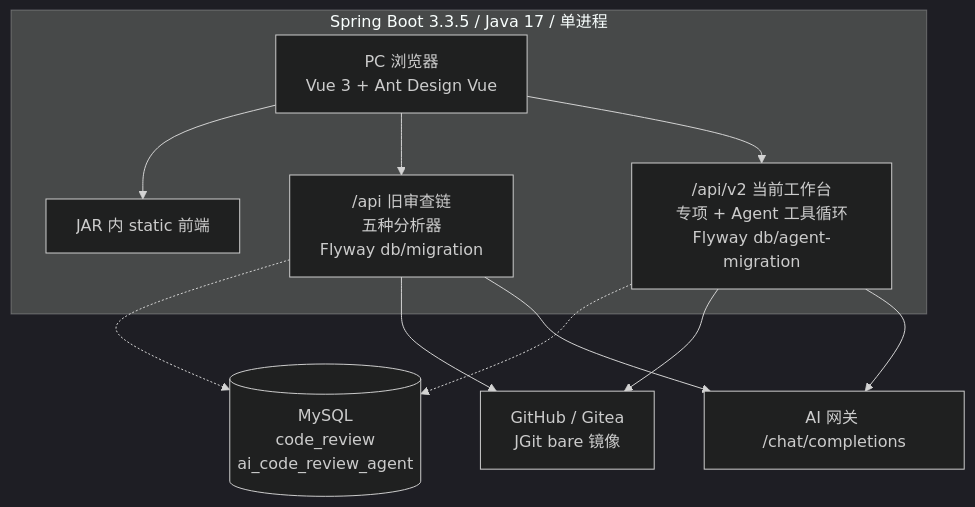
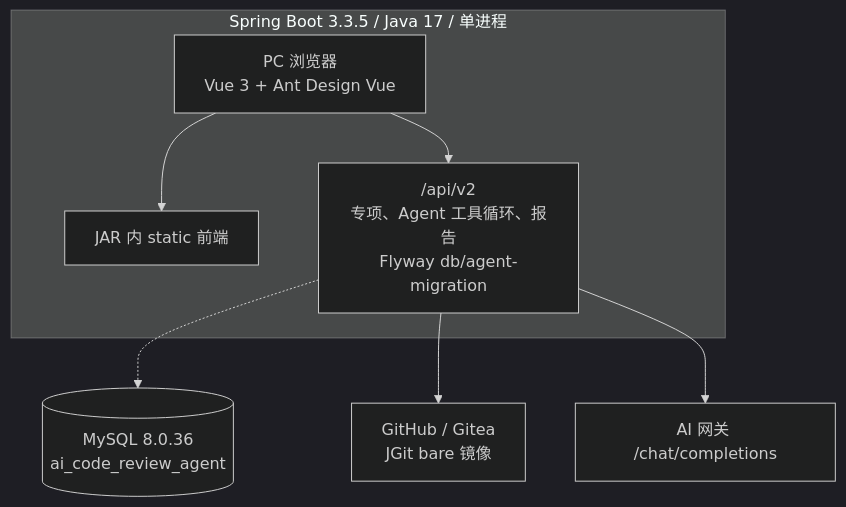
Before and after one commit to bakemonoingithub/codereview: the diagram in docs/delivery/dev-20261013/figures/architecture.mmd, drawn with Mermaid (dark theme). The commit also changed 15 other files, not shown here.

```diff
--- a/docs/delivery/dev-20261013/figures/architecture.mmd
+++ b/docs/delivery/dev-20261013/figures/architecture.mmd
@@ -1,19 +1,14 @@
 flowchart TB
   PC["PC 浏览器<br/>Vue 3 + Ant Design Vue"]
   subgraph APP["Spring Boot 3.3.5 / Java 17 / 单进程"]
     STATIC["JAR 内 static 前端"]
-    OLD["/api 旧审查链<br/>五种分析器<br/>Flyway db/migration"]
-    NEW["/api/v2 当前工作台<br/>专项 + Agent 工具循环<br/>Flyway db/agent-migration"]
+    API["/api/v2<br/>专项、Agent 工具循环、报告<br/>Flyway db/agent-migration"]
     PC --> STATIC
-    PC --> OLD
-    PC --> NEW
+    PC --> API
   end
-  DB[("MySQL<br/>code_review<br/>ai_code_review_agent")]
+  DB[("MySQL 8.0.36<br/>ai_code_review_agent")]
   GIT["GitHub / Gitea<br/>JGit bare 镜像"]
   AI["AI 网关 /chat/completions"]
-  OLD -.-> DB
-  NEW -.-> DB
-  NEW --> GIT
-  OLD --> GIT
-  NEW --> AI
-  OLD --> AI
+  API -.-> DB
+  API --> GIT
+  API --> AI
```
